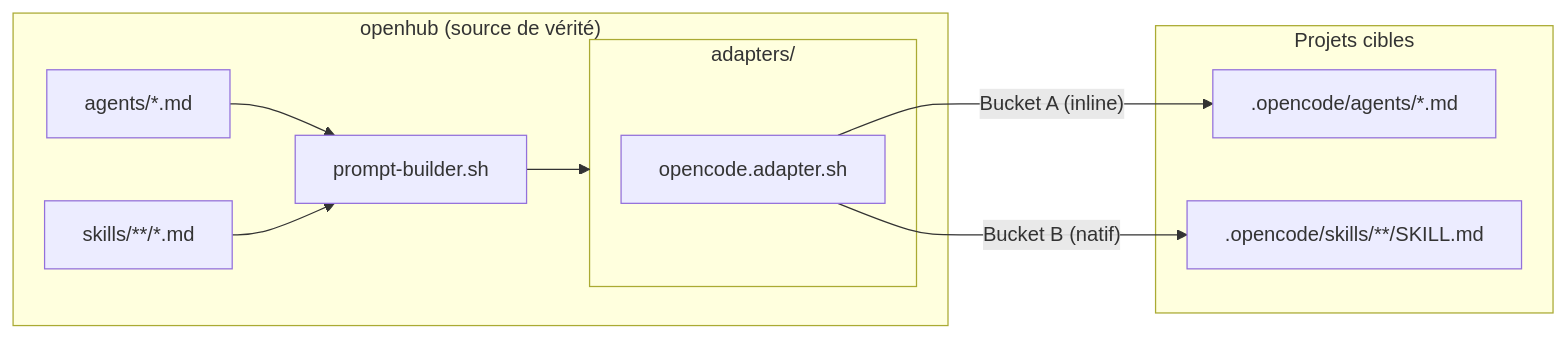
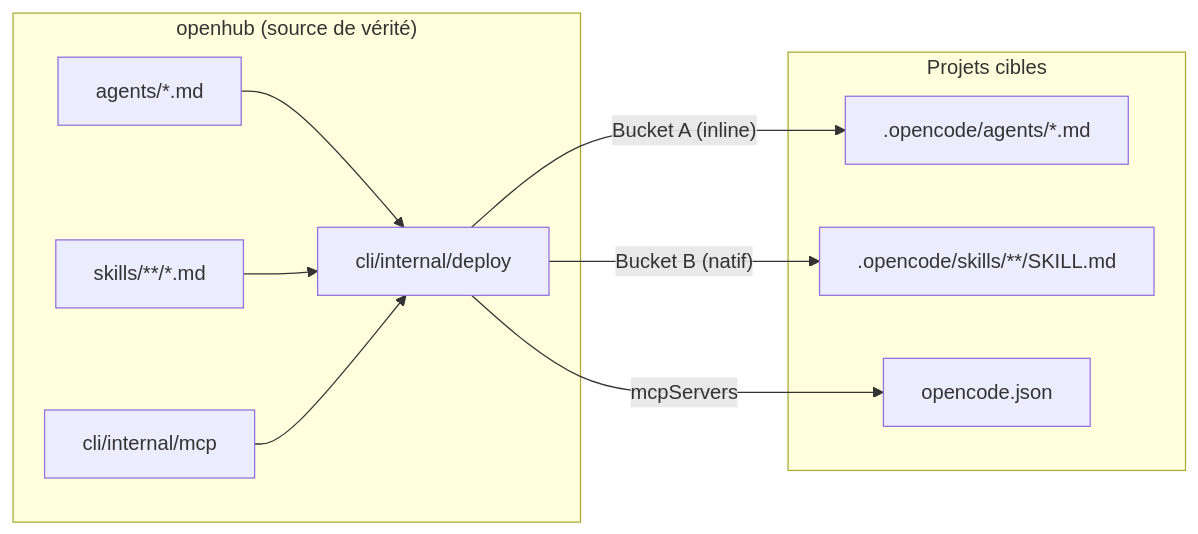
One commit to datichb/openhub changed the first of 3 diagrams in docs/architecture/overview.fr.md. Above: the diagram before and after it, drawn with Mermaid. The commit also changed other lines of this file and 271 other files, not shown here.

````diff
--- a/docs/architecture/overview.fr.md
+++ b/docs/architecture/overview.fr.md
@@ -68,16 +70,14 @@
 ```mermaid
 flowchart LR
     subgraph HUB["openhub (source de vérité)"]
-        A[agents/*.md] --> PB[prompt-builder.sh]
-        S[skills/**/*.md] --> PB
-        PB --> ADP
-        subgraph ADP["adapters/"]
-            OC[opencode.adapter.sh]
-        end
+        A[agents/*.md] --> DEP[cli/internal/deploy]
+        S[skills/**/*.md] --> DEP
+        MCP[cli/internal/mcp] --> DEP
     end
 
     subgraph PROJETS["Projets cibles"]
-        OC -->|"Bucket A (inline)"| P1[".opencode/agents/*.md"]
-        OC -->|"Bucket B (natif)"| P2[".opencode/skills/**/SKILL.md"]
+        DEP -->|"Bucket A (inline)"| P1[".opencode/agents/*.md"]
+        DEP -->|"Bucket B (natif)"| P2[".opencode/skills/**/SKILL.md"]
+        DEP -->|"mcpServers"| P3["opencode.json"]
     end
 ```
````
